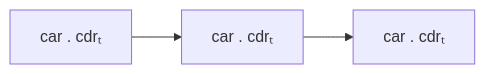
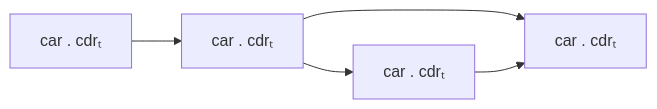
Before and after one commit to raviqqe/doc: the diagram in slides/papers/stak-scheme/code-graph-in-depth.mmd, drawn with Mermaid.

```diff
--- a/slides/papers/stak-scheme/code-graph-in-depth.mmd
+++ b/slides/papers/stak-scheme/code-graph-in-depth.mmd
@@ -1,2 +1,3 @@
 flowchart LR
   c0["car . cdrₜ"] --> c1["car . cdrₜ"] --> c2["car . cdrₜ"]
+  c1 --> c3["car . cdrₜ"] --> c2["car . cdrₜ"]
```
